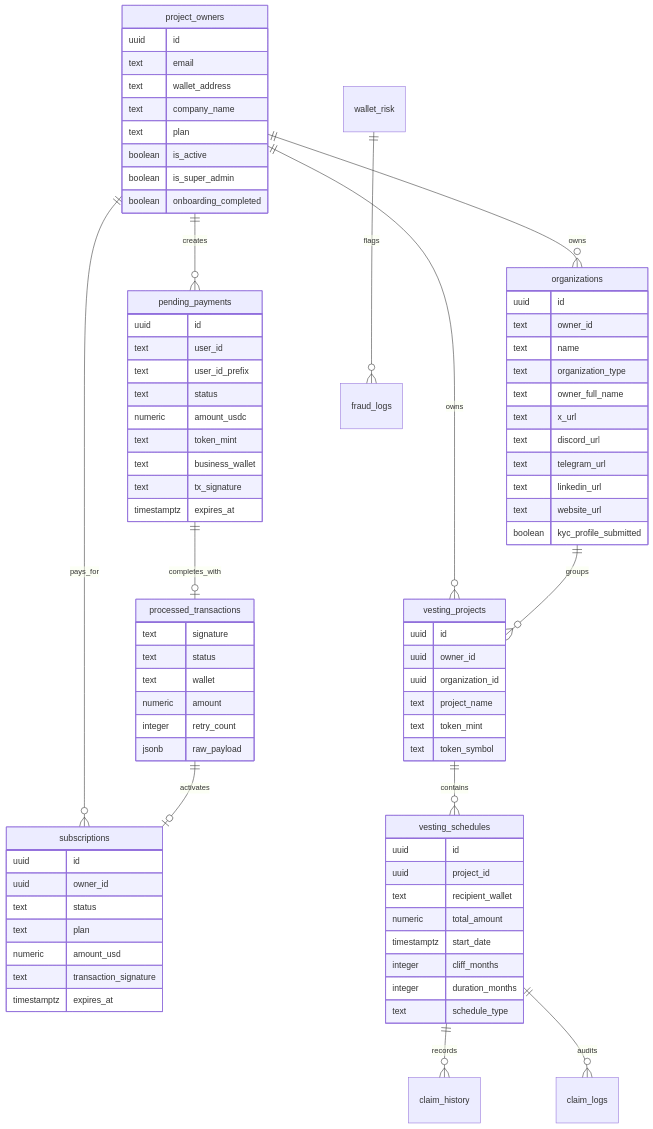
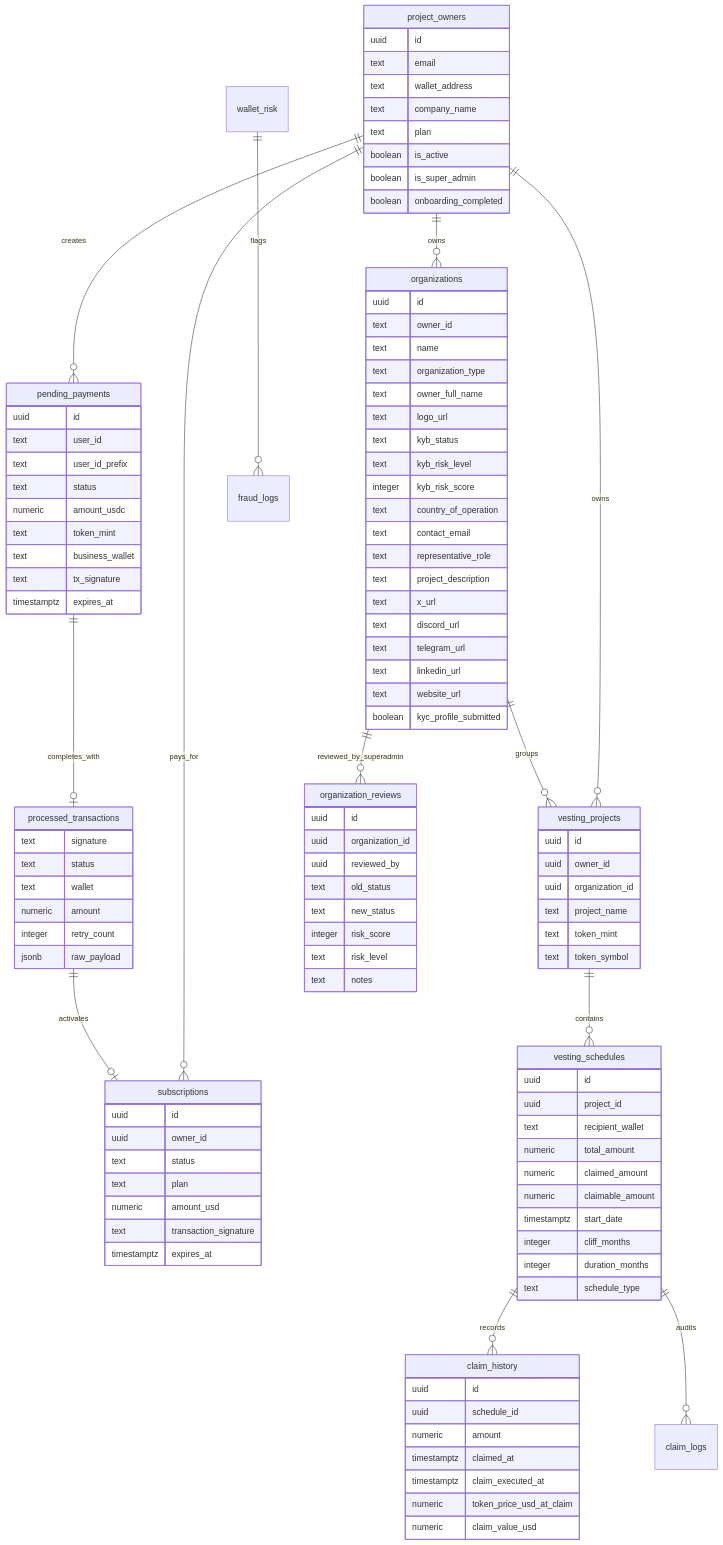
One commit to TheGodlike7/vestingapp changed the ninth of 10 diagrams in DESIGN_MAP.md. Above: the diagram before and after it, drawn with Mermaid. The commit also changed other lines of this file and 32 other files, not shown here.

````diff
--- a/DESIGN_MAP.md
+++ b/DESIGN_MAP.md
@@ -211,6 +213,7 @@
   pending_payments ||--o| processed_transactions : completes_with
   processed_transactions ||--o| subscriptions : activates
   wallet_risk ||--o{ fraud_logs : flags
+  organizations ||--o{ organization_reviews : reviewed_by_superadmin
 
   project_owners {
     uuid id
@@ -229,12 +232,31 @@
     text name
     text organization_type
     text owner_full_name
+    text logo_url
+    text kyb_status
+    text kyb_risk_level
+    integer kyb_risk_score
+    text country_of_operation
+    text contact_email
+    text representative_role
+    text project_description
     text x_url
     text discord_url
     text telegram_url
     text linkedin_url
     text website_url
     boolean kyc_profile_submitted
+  }
+
+  organization_reviews {
+    uuid id
+    uuid organization_id
+    uuid reviewed_by
+    text old_status
+    text new_status
+    integer risk_score
+    text risk_level
+    text notes
   }
 
   pending_payments {
@@ -282,9 +304,21 @@
     uuid project_id
     text recipient_wallet
     numeric total_amount
+    numeric claimed_amount
+    numeric claimable_amount
     timestamptz start_date
     integer cliff_months
     integer duration_months
     text schedule_type
   }
+
+  claim_history {
+    uuid id
+    uuid schedule_id
+    numeric amount
+    timestamptz claimed_at
+    timestamptz claim_executed_at
+    numeric token_price_usd_at_claim
+    numeric claim_value_usd
+  }
 ```
````
